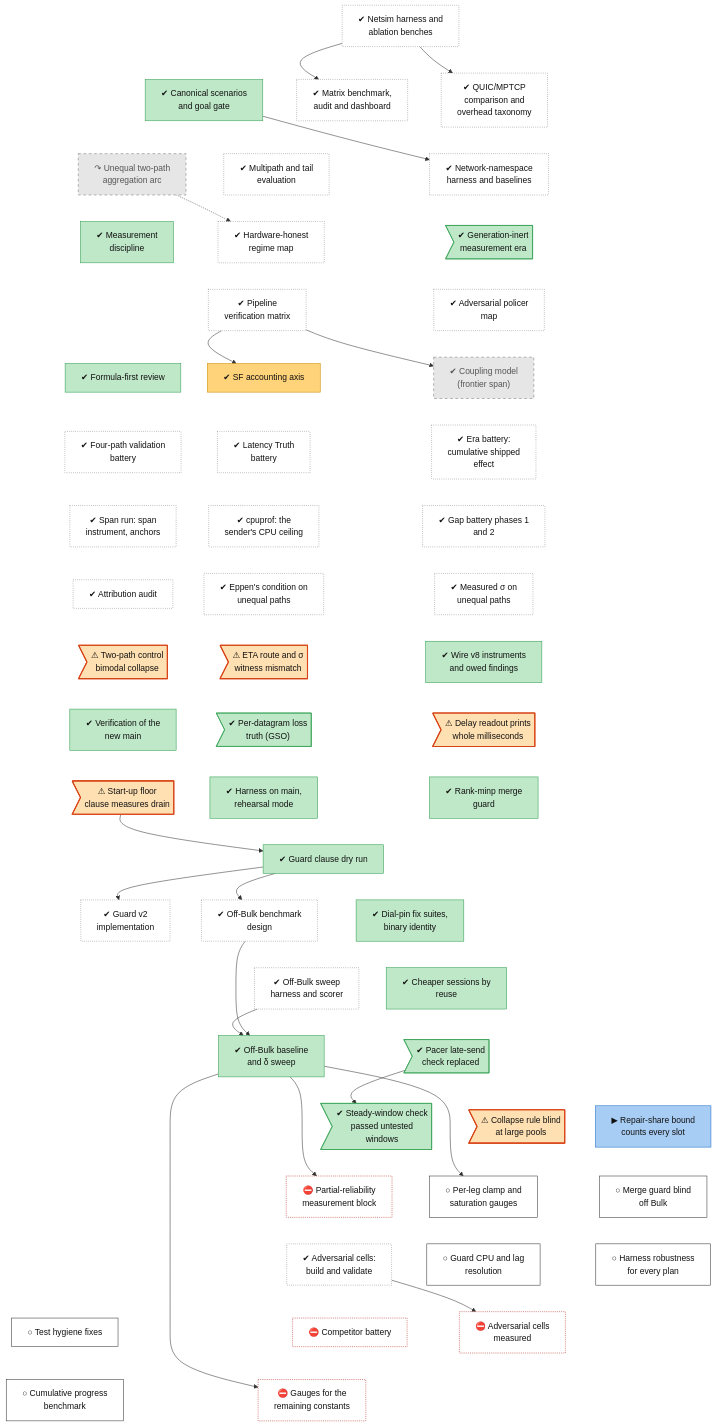
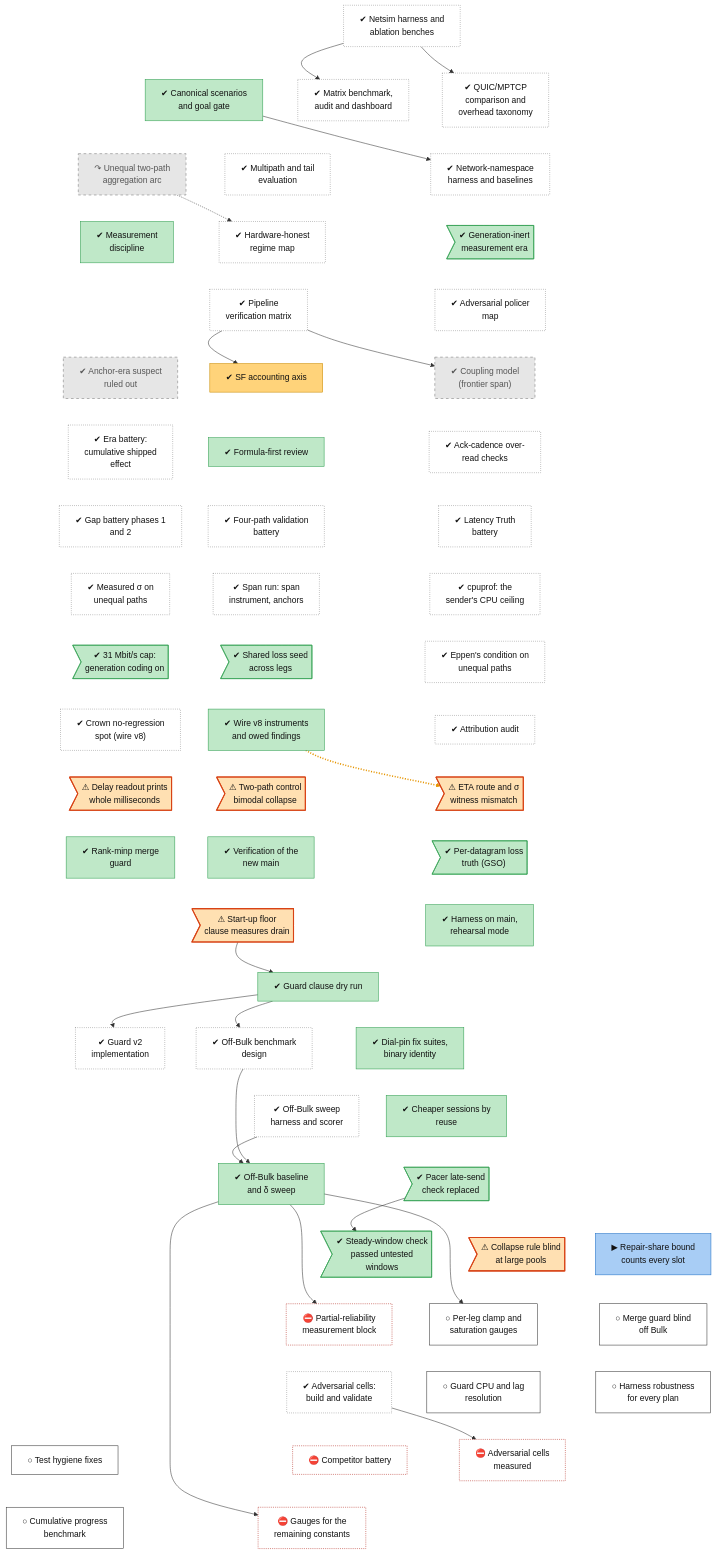
One commit to lhns/raptorpath changed the diagram in docs/roadmap/tracks/meas.md. Above: the diagram before and after it, drawn with Mermaid. The commit also changed other lines of this file and 11 other files, not shown here.

First line of the commit message:
roadmap: backfill pre-November history from the gap scan

```diff
--- a/docs/roadmap/tracks/meas.md
+++ b/docs/roadmap/tracks/meas.md
@@ -23,6 +23,8 @@
     meas_pipeline_verification["✔ Pipeline<br/>verification matrix"]
     meas_coupling_model["✔ Coupling model<br/>(frontier span)"]
     meas_sf_accounting["✔ SF accounting axis"]
+    meas_anchor_era_suspect["✔ Anchor-era suspect<br/>ruled out"]
+    meas_ack_cadence["✔ Ack-cadence over-<br/>read checks"]
     meas_formula_first["✔ Formula-first review"]
     meas_goal_0819["✔ Era battery:<br/>cumulative shipped<br/>effect"]
     meas_latency_truth["✔ Latency Truth<br/>battery"]
@@ -32,8 +34,11 @@
     meas_span_run["✔ Span run: span<br/>instrument, anchors"]
     meas_sigma_c8["✔ Measured σ on<br/>unequal paths"]
     meas_eppen_c8["✔ Eppen's condition on<br/>unequal paths"]
+    meas_defect_shared_seed>"✔ Shared loss seed<br/>across legs"]
+    meas_defect_31mbit>"✔ 31 Mbit/s cap:<br/>generation coding on"]
     meas_attribution_audit["✔ Attribution audit"]
     meas_wire_v8["✔ Wire v8 instruments<br/>and owed findings"]
+    meas_crown_spot_v8["✔ Crown no-regression<br/>spot (wire v8)"]
     meas_defect_eta_witness>"⚠ ETA route and σ<br/>witness mismatch"]
     meas_defect_c8_bimodal>"⚠ Two-path control<br/>bimodal collapse"]
     meas_defect_diag_rtp_ms>"⚠ Delay readout prints<br/>whole milliseconds"]
@@ -78,26 +83,31 @@
     meas_adr52_discipline ~~~ meas_pipeline_verification
     meas_adversarial_b1 ~~~ meas_coupling_model
     meas_pipeline_verification ~~~ meas_sf_accounting
-    meas_pipeline_verification ~~~ meas_formula_first
-    meas_coupling_model ~~~ meas_goal_0819
-    meas_sf_accounting ~~~ meas_latency_truth
+    meas_pipeline_verification ~~~ meas_anchor_era_suspect
+    meas_coupling_model ~~~ meas_ack_cadence
+    meas_sf_accounting ~~~ meas_formula_first
+    meas_anchor_era_suspect ~~~ meas_goal_0819
+    meas_ack_cadence ~~~ meas_latency_truth
     meas_formula_first ~~~ meas_c9_battery
     meas_goal_0819 ~~~ meas_gap_phases
     meas_latency_truth ~~~ meas_cpuprof
     meas_c9_battery ~~~ meas_span_run
     meas_gap_phases ~~~ meas_sigma_c8
     meas_cpuprof ~~~ meas_eppen_c8
-    meas_span_run ~~~ meas_attribution_audit
-    meas_sigma_c8 ~~~ meas_wire_v8
-    meas_eppen_c8 ~~~ meas_defect_eta_witness
-    meas_attribution_audit ~~~ meas_defect_c8_bimodal
-    meas_wire_v8 ~~~ meas_defect_diag_rtp_ms
+    meas_span_run ~~~ meas_defect_shared_seed
+    meas_sigma_c8 ~~~ meas_defect_31mbit
+    meas_eppen_c8 ~~~ meas_attribution_audit
+    meas_defect_shared_seed ~~~ meas_wire_v8
+    meas_defect_31mbit ~~~ meas_crown_spot_v8
+    meas_attribution_audit ~~~ meas_defect_eta_witness
+    meas_wire_v8 ~~~ meas_defect_c8_bimodal
+    meas_crown_spot_v8 ~~~ meas_defect_diag_rtp_ms
     meas_defect_eta_witness ~~~ meas_gso_truth
     meas_defect_c8_bimodal ~~~ meas_v4_verification
     meas_defect_diag_rtp_ms ~~~ meas_guard_41c
     meas_gso_truth ~~~ meas_harness_consolidation
     meas_v4_verification ~~~ meas_defect_rtp_floor
-    meas_guard_41c ~~~ meas_guard_clause_dry
+    meas_guard_41c ~~~ meas_defect_rtp_floor
     meas_harness_consolidation ~~~ meas_guard_clause_dry
     meas_defect_rtp_floor ~~~ meas_guard_clause_dry
     meas_guard_clause_dry ~~~ meas_guard_v2_impl
@@ -129,6 +139,7 @@
     meas_c8_aggregation_arc -.-> meas_regime_map
     meas_pipeline_verification --> meas_coupling_model
     meas_pipeline_verification --> meas_sf_accounting
+    meas_wire_v8 -.-> meas_defect_eta_witness
     meas_defect_rtp_floor --> meas_guard_clause_dry
     meas_guard_clause_dry --> meas_guard_v2_impl
     meas_guard_clause_dry --> meas_s51_design
@@ -139,6 +150,7 @@
     meas_s51_session --> meas_s51_c8_gauges
     meas_adversarial_cells_build --> meas_adversarial_cells_run
     meas_s51_session --> meas_fix_gauges_p3
+    linkStyle 70 stroke:#e69500,stroke-width:3px,stroke-dasharray:2 3
     classDef vsucc fill:#2e9e4f,stroke:#1b6b34,color:#fff
     classDef succ fill:#bfe8c8,stroke:#2e9e4f,color:#111
     classDef mixed fill:#ffd37a,stroke:#c98a00,color:#111
@@ -152,9 +164,9 @@
     classDef userdec fill:#d9c2f0,stroke:#7b3fb5,color:#111
     classDef defect fill:#ffe0b2,stroke:#d84315,stroke-width:2px,color:#111
     classDef waiting fill:#e3f2fd,stroke:#1f6fc5,stroke-dasharray:5 5,color:#111
-    class meas_l0_sim_bench,meas_transport_comparison,meas_matrix_bench,meas_l1_harness,meas_l2_multipath,meas_regime_map,meas_adversarial_b1,meas_pipeline_verification,meas_goal_0819,meas_latency_truth,meas_c9_battery,meas_gap_phases,meas_cpuprof,meas_span_run,meas_sigma_c8,meas_eppen_c8,meas_attribution_audit,meas_guard_v2_impl,meas_s51_design,meas_s51_harness,meas_adversarial_cells_build unrated
-    class meas_adr51_scenarios,meas_gen_inert_era,meas_adr52_discipline,meas_formula_first,meas_wire_v8,meas_gso_truth,meas_v4_verification,meas_guard_41c,meas_harness_consolidation,meas_guard_clause_dry,meas_s58_session,meas_harness_reuse,meas_s51_session,meas_blocke_pacing_gate,meas_blocke_steady_rule succ
-    class meas_c8_aggregation_arc,meas_coupling_model dead
+    class meas_l0_sim_bench,meas_transport_comparison,meas_matrix_bench,meas_l1_harness,meas_l2_multipath,meas_regime_map,meas_adversarial_b1,meas_pipeline_verification,meas_ack_cadence,meas_goal_0819,meas_latency_truth,meas_c9_battery,meas_gap_phases,meas_cpuprof,meas_span_run,meas_sigma_c8,meas_eppen_c8,meas_attribution_audit,meas_crown_spot_v8,meas_guard_v2_impl,meas_s51_design,meas_s51_harness,meas_adversarial_cells_build unrated
+    class meas_adr51_scenarios,meas_gen_inert_era,meas_adr52_discipline,meas_formula_first,meas_defect_shared_seed,meas_defect_31mbit,meas_wire_v8,meas_gso_truth,meas_v4_verification,meas_guard_41c,meas_harness_consolidation,meas_guard_clause_dry,meas_s58_session,meas_harness_reuse,meas_s51_session,meas_blocke_pacing_gate,meas_blocke_steady_rule succ
+    class meas_c8_aggregation_arc,meas_coupling_model,meas_anchor_era_suspect dead
     class meas_sf_accounting mixed
     class meas_defect_eta_witness,meas_defect_c8_bimodal,meas_defect_diag_rtp_ms,meas_defect_rtp_floor,meas_defect_cr61_large_pool defect
     class meas_w1_bracket_fix inprog
```
